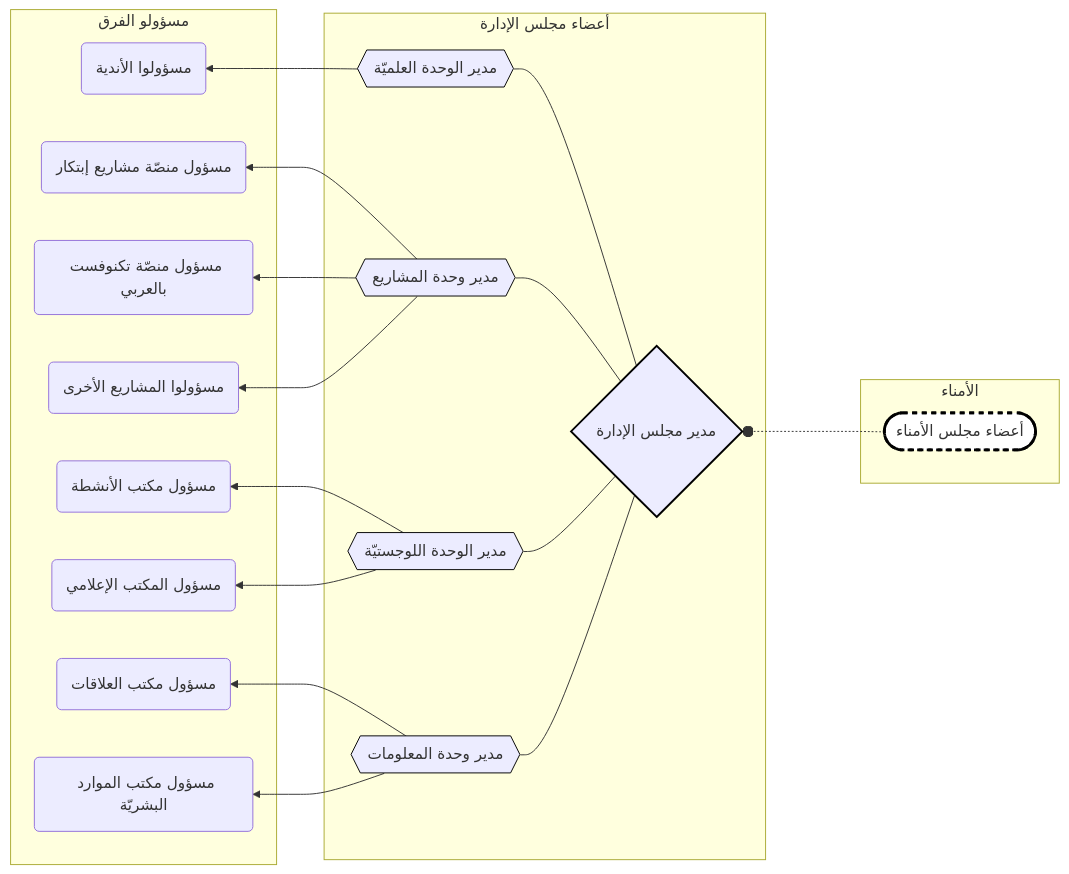
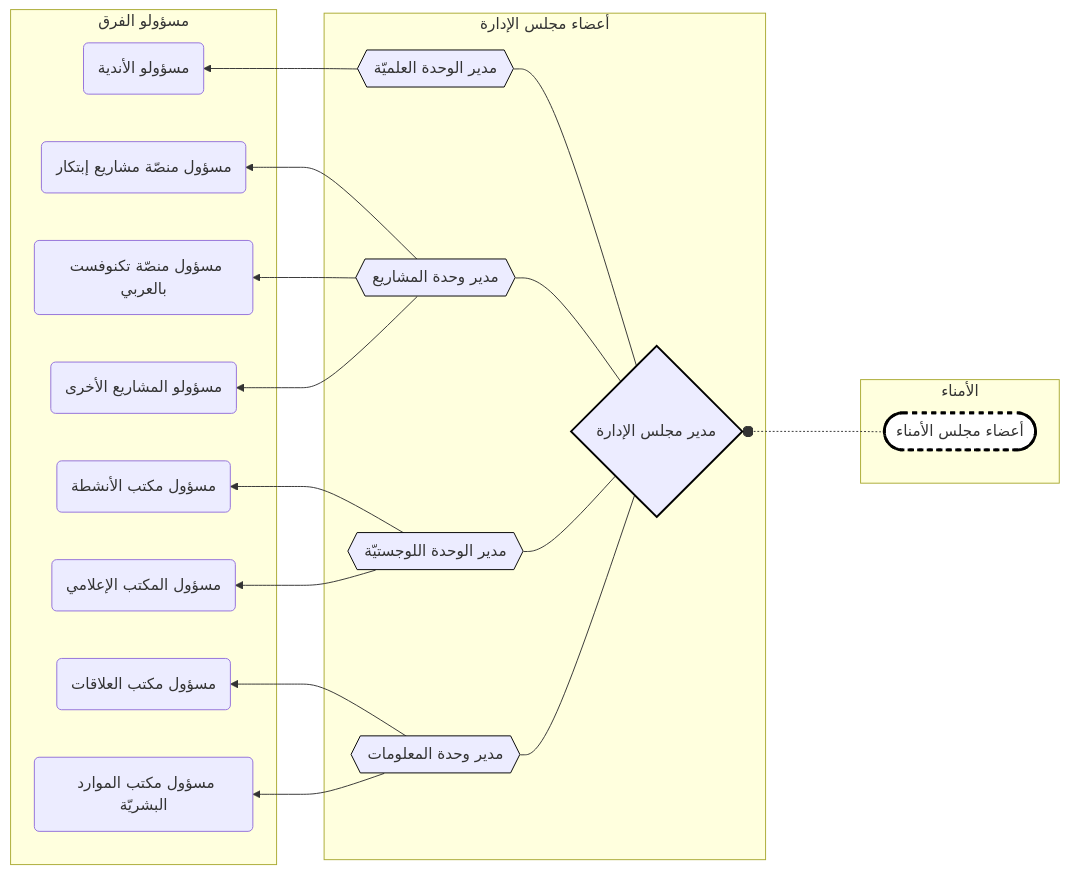
Before and after one commit to cankanalbir/system1: the second of 2 diagrams in README24.md, drawn with Mermaid.

````diff
--- a/README24.md
+++ b/README24.md
@@ -160,37 +160,37 @@
 ``` mermaid
 flowchart RL
 
 subgraph 0 [الأمناء]
 BOT([أعضاء مجلس الأمناء])
 end
 
 BOT -..-o BOD{مدير مجلس الإدارة}
 style BOT fill:white,stroke:black,stroke-width:3px,stroke-dasharray: 5 5
 style BOD stroke:black,stroke-width:2px
 
 subgraph 1 [أعضاء مجلس الإدارة]
 BOD --- scientific{{مدير الوحدة العلميّة}}
 BOD --- projects{{مدير وحدة المشاريع}}
 BOD --- logistics{{مدير الوحدة اللوجستيّة}}
 BOD --- information{{مدير وحدة المعلومات}}
 end
 
 style scientific stroke:black
 style projects stroke:black
 style logistics stroke:black
 style information stroke:black
 
 subgraph 2 [مسؤولو الفرق]
-scientific --> s1(مسؤولوا الأندية)
+scientific --> s1(مسؤولو الأندية)
 
 projects --> p1(مسؤول منصّة مشاريع إبتكار)
 projects --> p3(مسؤول منصّة تكنوفست بالعربي)
-projects --> p2(مسؤولوا المشاريع الأخرى)
+projects --> p2(مسؤولو المشاريع الأخرى)
 
 logistics --> l1(مسؤول مكتب الأنشطة)
 logistics --> l2(مسؤول المكتب الإعلامي)
 
 information --> i1(مسؤول مكتب العلاقات)
 information --> i2(مسؤول مكتب الموارد البشريّة)
 end
 ```
````
